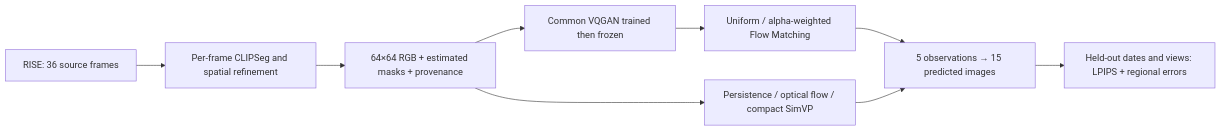
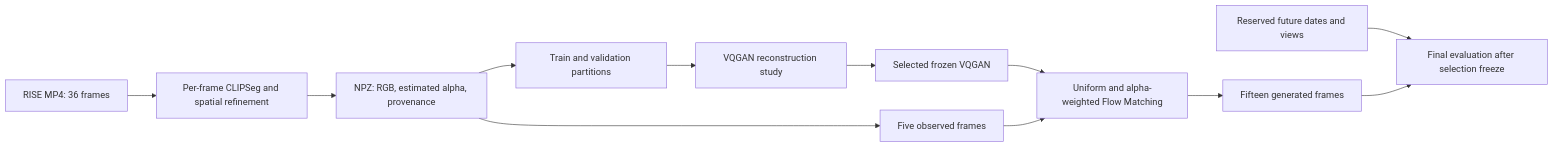
One commit to omdrift/Modelisation-panaches-de-fum-es-industrielles-par-Flow-Matching changed the first of 2 diagrams in README.md. Above: the diagram before and after it, drawn with Mermaid. The commit also changed other lines of this file and 32 other files, not shown here.

````diff
--- a/README.md
+++ b/README.md
@@ -11,11 +11,14 @@
 ```mermaid
 flowchart LR
-    R[RISE: 36 source frames] --> S[Per-frame CLIPSeg and spatial refinement]
-    S --> D[64×64 RGB + estimated masks + provenance]
-    D --> A[Common VQGAN trained then frozen]
-    A --> F[Uniform / alpha-weighted Flow Matching]
-    D --> B[Persistence / optical flow / compact SimVP]
-    F --> E[5 observations → 15 predicted images]
-    B --> E
-    E --> V[Held-out dates and views: LPIPS + regional errors]
+    A[RISE MP4: 36 frames] --> B[Per-frame CLIPSeg and spatial refinement]
+    B --> C[NPZ: RGB, estimated alpha, provenance]
+    C --> D[Train and validation partitions]
+    D --> E[VQGAN reconstruction study]
+    E --> F[Selected frozen VQGAN]
+    F --> G[Uniform and alpha-weighted Flow Matching]
+    C --> H[Five observed frames]
+    H --> G
+    G --> I[Fifteen generated frames]
+    J[Reserved future dates and views] --> K[Final evaluation after selection freeze]
+    I --> K
 ```
````
